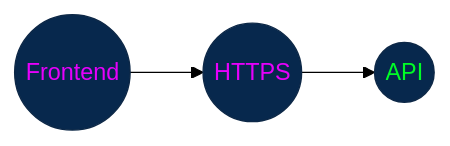
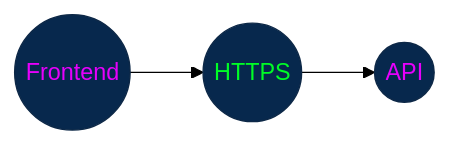
One commit to JhalexR/learning-journey changed diagram 22 of 23 in Knowledge Base/1 Fundamentos Esenciales/4. Datos y comunicación/60 - 69/60 HTTPS y Seguridad.md. Above: the diagram before and after it, drawn with Mermaid (forest theme).

Commit message:
Update 60 HTTPS y Seguridad.md
The code for the HTTPS and API security diagram is being corrected.

````diff
--- a/Knowledge Base/1 Fundamentos Esenciales/4. Datos y comunicación/60 - 69/60 HTTPS y Seguridad.md
+++ b/Knowledge Base/1 Fundamentos Esenciales/4. Datos y comunicación/60 - 69/60 HTTPS y Seguridad.md
@@ -638,14 +638,14 @@
 ```mermaid
 
 flowchart LR
 
 A(("Frontend"))
 C(("HTTPS"))
 D(("API"))
 
 A --> C --> D
 
 style A fill:#07284d,stroke:#0d2847,stroke-width:1px,color:#e700fc;
-style C fill:#07284d,stroke:#0d2847,stroke-width:1px,color:#e700fc;
-style D fill:#07284d,stroke:#0d2847,stroke-width:1px,color:#00fc26;
+style C fill:#07284d,stroke:#0d2847,stroke-width:1px,color:#00fc26;
+style D fill:#07284d,stroke:#0d2847,stroke-width:1px,color:#e700fc;
 ```
````
